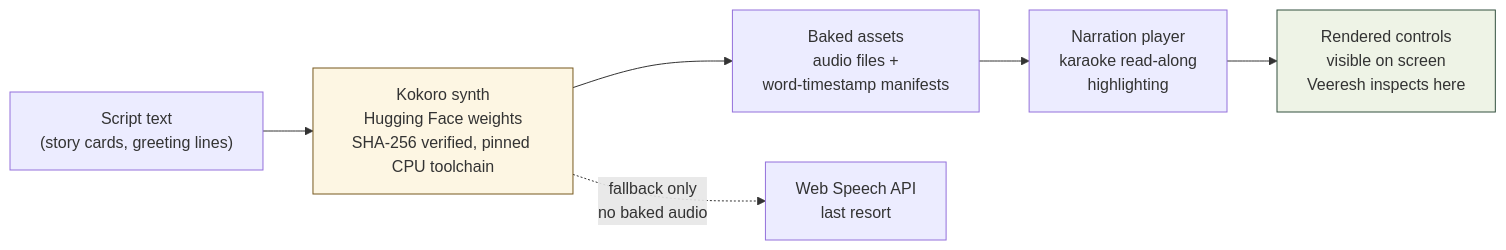
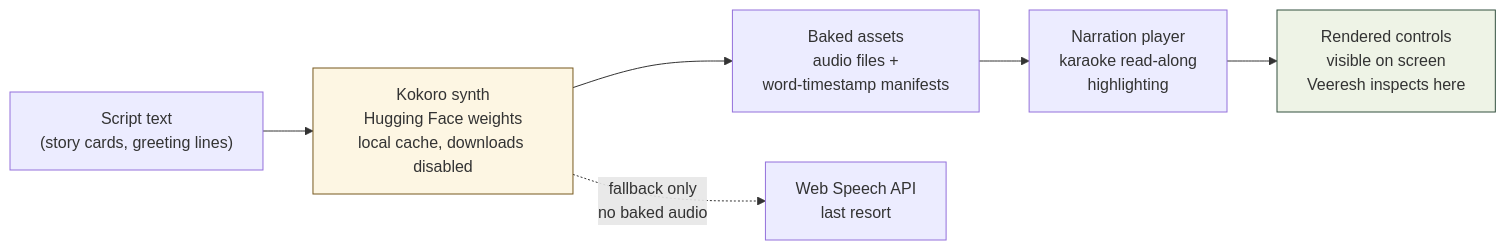
Before and after one commit to veeresh-bikkaneti/Meridian: the diagram in docs/handbook/04-audio-and-tts.md, drawn with Mermaid. The commit also changed other lines of this file and 9 other files, not shown here.

````diff
--- a/docs/handbook/04-audio-and-tts.md
+++ b/docs/handbook/04-audio-and-tts.md
@@ -39,10 +40,10 @@
 ```mermaid
 flowchart LR
-    A["Script text<br/>(story cards, greeting lines)"] --> B["Kokoro synth<br/>Hugging Face weights<br/>SHA-256 verified, pinned CPU toolchain"]
+    A["Script text<br/>(story cards, greeting lines)"] --> B["Kokoro synth<br/>Hugging Face weights<br/>local cache, downloads disabled"]
     B --> C["Baked assets<br/>audio files +<br/>word-timestamp manifests"]
     C --> D["Narration player<br/>karaoke read-along<br/>highlighting"]
     D --> E["Rendered controls<br/>visible on screen<br/>Veeresh inspects here"]
     B -. "fallback only<br/>no baked audio" .-> F["Web Speech API<br/>last resort"]
     style B fill:#fdf6e3,stroke:#77591f
     style E fill:#eef3e6,stroke:#33503f
 ```
````
